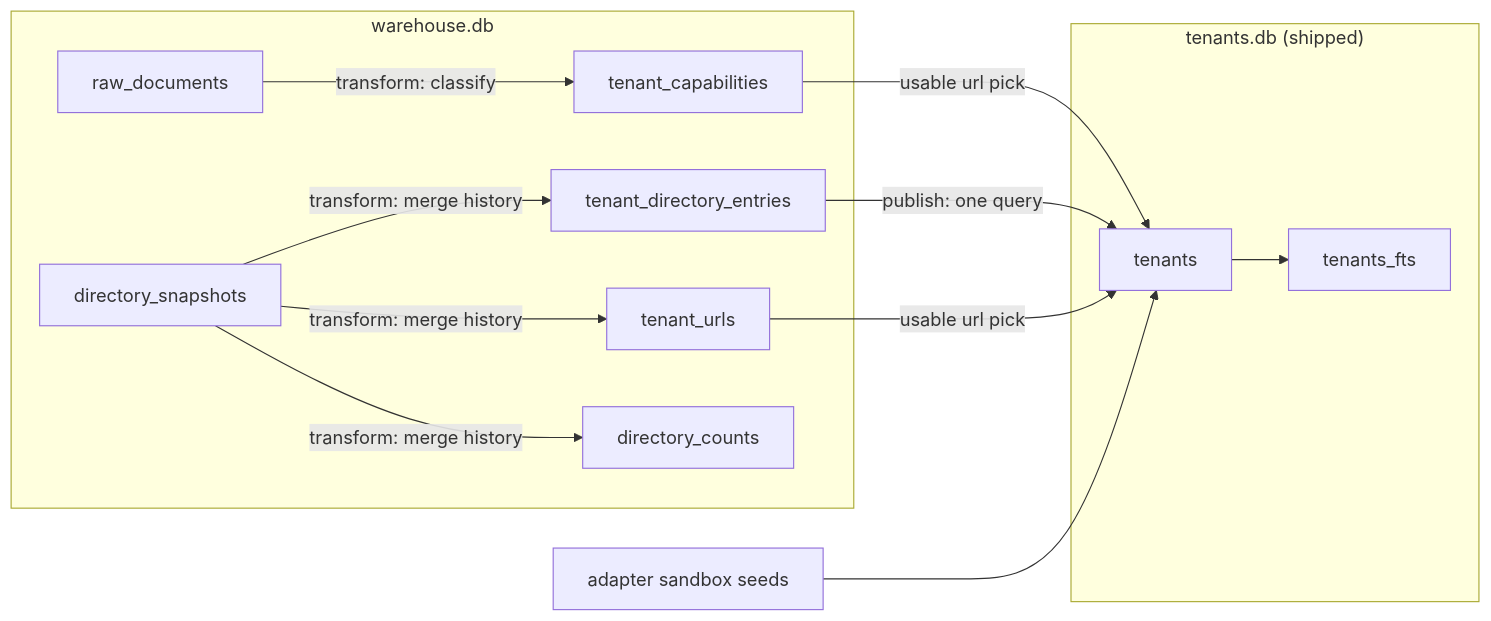
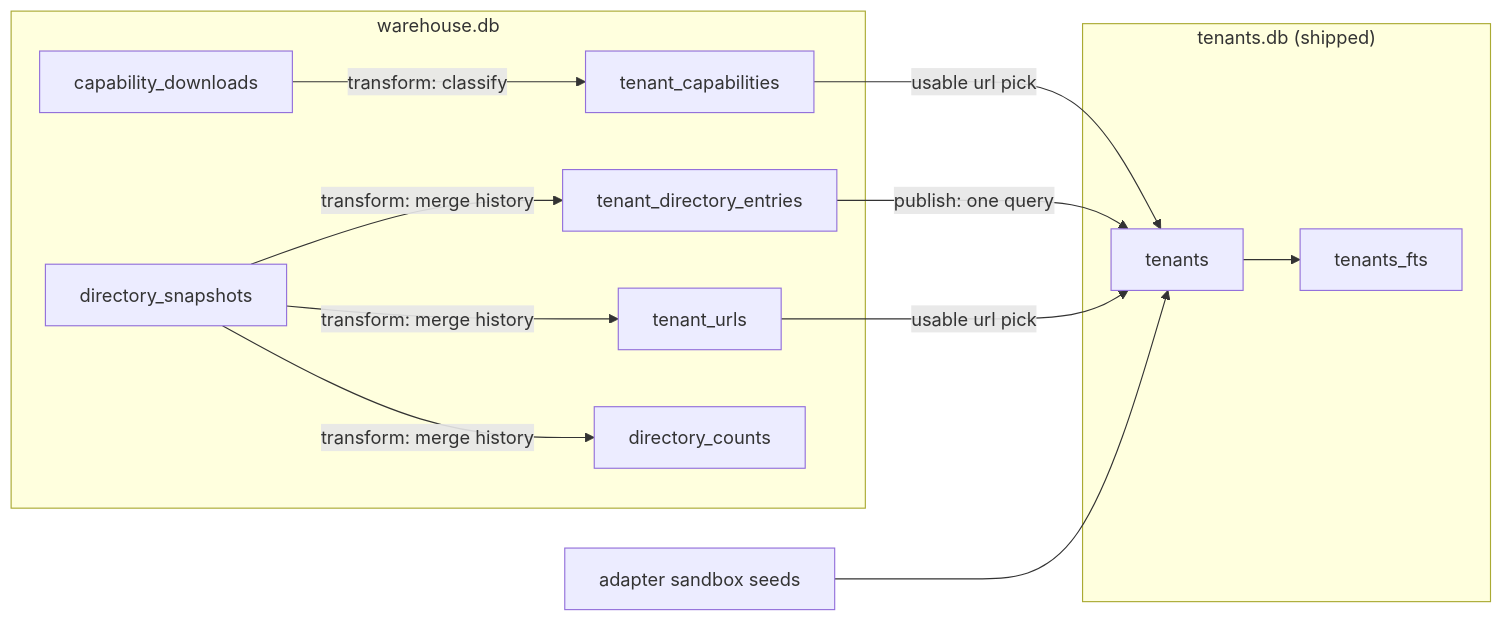
One commit to cfu288/mere-medical changed the second of 2 diagrams in libs/emr-pipeline/README.md. Above: the diagram before and after it, drawn with Mermaid. The commit also changed other lines of this file and 12 other files, not shown here.

````diff
--- a/libs/emr-pipeline/README.md
+++ b/libs/emr-pipeline/README.md
@@ -180,24 +186,24 @@
 ```mermaid
 flowchart LR
   subgraph warehouse["warehouse.db"]
-    raw[raw_documents]
+    caps[capability_downloads]
     snaps[directory_snapshots]
     tde[tenant_directory_entries]
     turl[tenant_urls]
     tc[tenant_capabilities]
     dobs[directory_counts]
   end
   subgraph artifact["tenants.db (shipped)"]
     t[tenants]
     fts[tenants_fts]
   end
   seeds[adapter sandbox seeds]
 
   snaps -- "transform: merge history" --> tde & turl & dobs
-  raw -- "transform: classify" --> tc
+  caps -- "transform: classify" --> tc
   tde -- "publish: one query" --> t
   turl -- "usable url pick" --> t
   tc -- "usable url pick" --> t
   seeds --> t
   t --> fts
 ```
````
